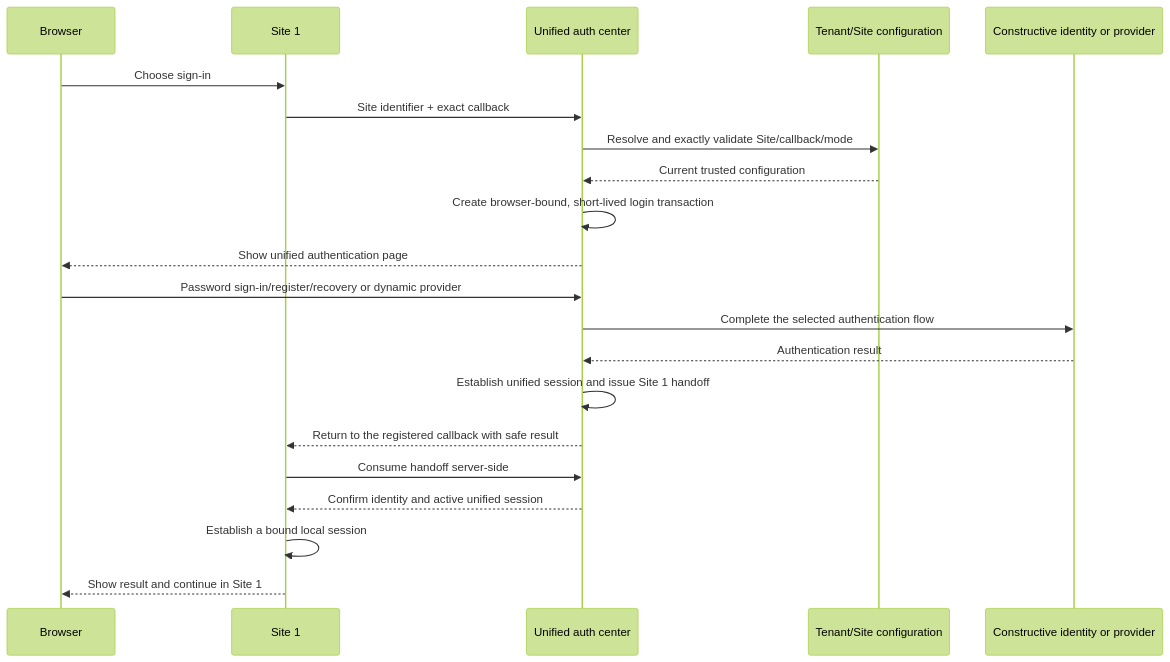
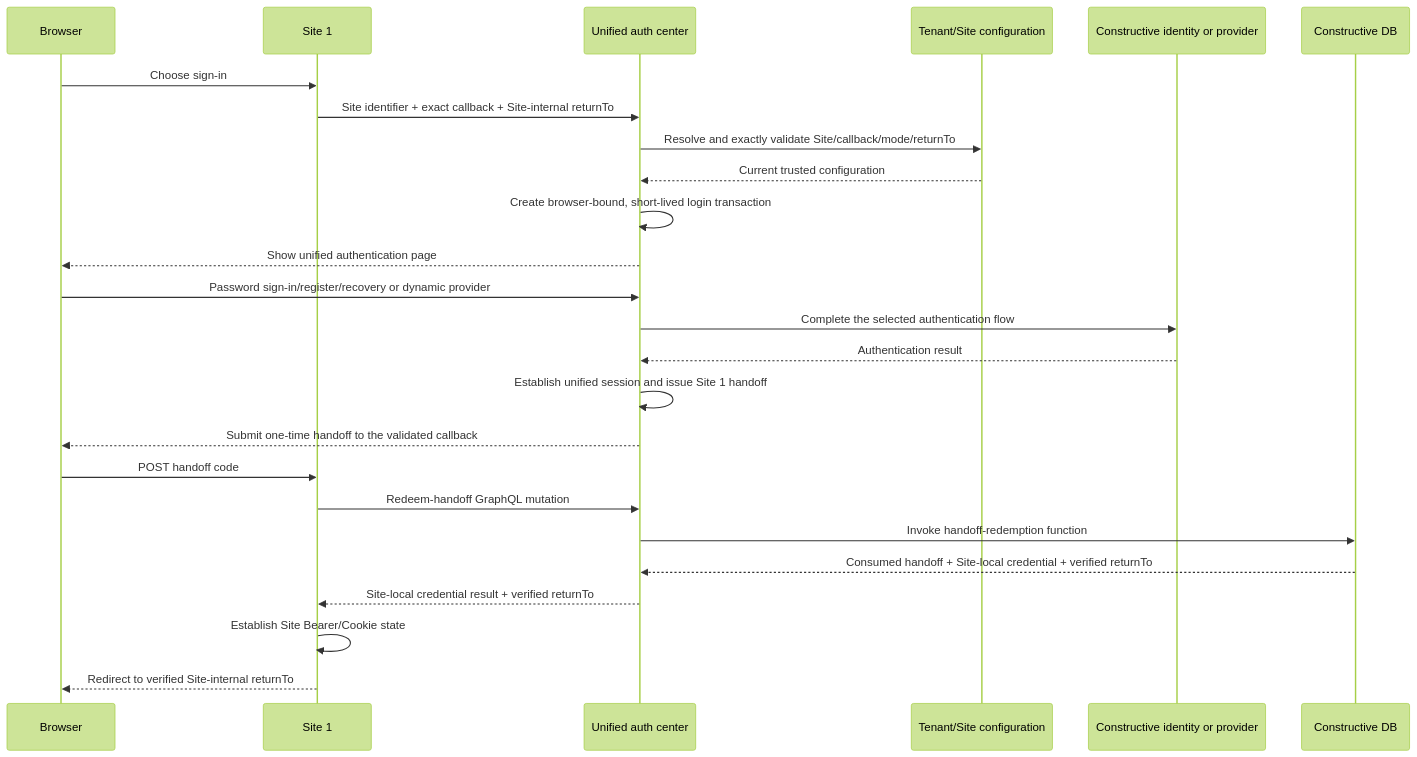
The first of 4 diagrams in docs/plan/oauth-sso-platform-integration.md (Zetazzz/Constructive), drawn with Mermaid (forest theme) before and after one commit. The commit also changed other lines of this file and 2 other files, not shown here.

Commit message:
docs: specify unified auth provider integration

````diff
--- a/docs/plan/oauth-sso-platform-integration.md
+++ b/docs/plan/oauth-sso-platform-integration.md
@@ -300,24 +358,28 @@
 ```mermaid
 sequenceDiagram
     participant U as Browser
     participant S1 as Site 1
     participant A as Unified auth center
     participant C as Tenant/Site configuration
     participant I as Constructive identity or provider
+    participant DB as Constructive DB
 
     U->>S1: Choose sign-in
-    S1->>A: Site identifier + exact callback
-    A->>C: Resolve and exactly validate Site/callback/mode
+    S1->>A: Site identifier + exact callback + Site-internal returnTo
+    A->>C: Resolve and exactly validate Site/callback/mode/returnTo
     C-->>A: Current trusted configuration
     A->>A: Create browser-bound, short-lived login transaction
     A-->>U: Show unified authentication page
     U->>A: Password sign-in/register/recovery or dynamic provider
     A->>I: Complete the selected authentication flow
     I-->>A: Authentication result
     A->>A: Establish unified session and issue Site 1 handoff
-    A-->>S1: Return to the registered callback with safe result
-    S1->>A: Consume handoff server-side
-    A-->>S1: Confirm identity and active unified session
-    S1->>S1: Establish a bound local session
-    S1-->>U: Show result and continue in Site 1
+    A-->>U: Submit one-time handoff to the validated callback
+    U->>S1: POST handoff code
+    S1->>A: Redeem-handoff GraphQL mutation
+    A->>DB: Invoke handoff-redemption function
+    DB-->>A: Consumed handoff + Site-local credential + verified returnTo
+    A-->>S1: Site-local credential result + verified returnTo
+    S1->>S1: Establish Site Bearer/Cookie state
+    S1-->>U: Redirect to verified Site-internal returnTo
 ```
````
